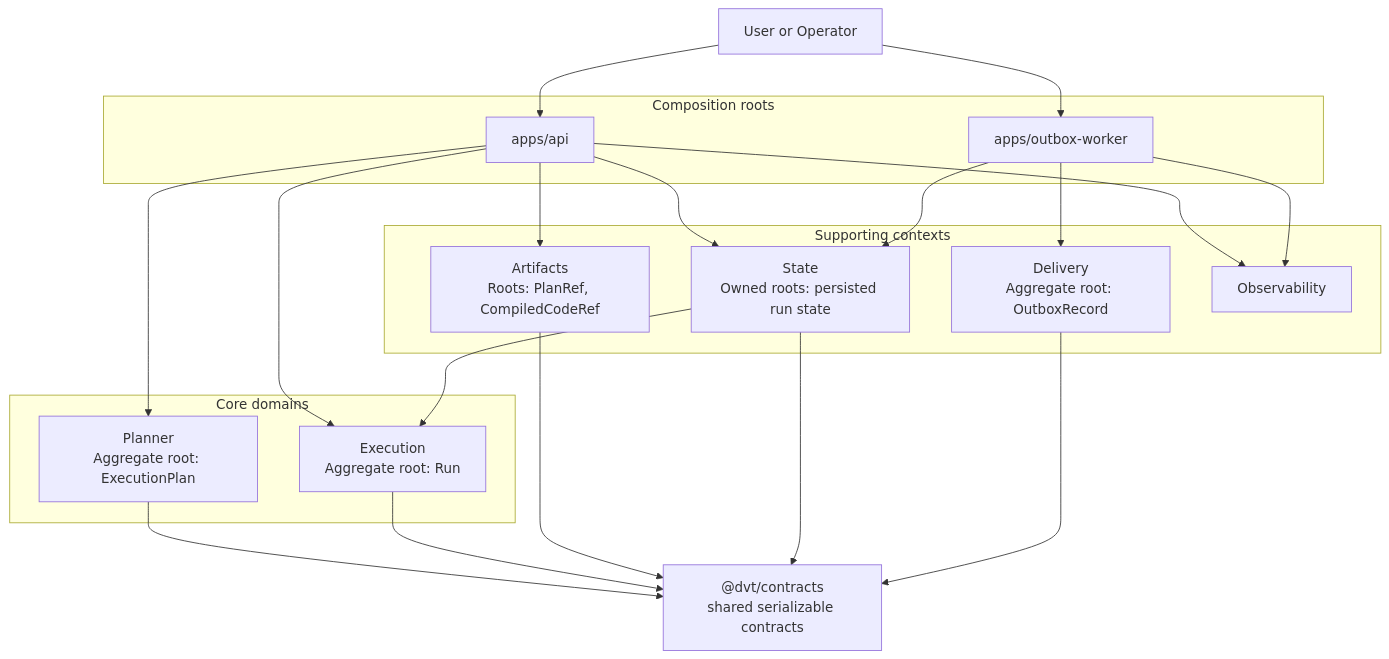
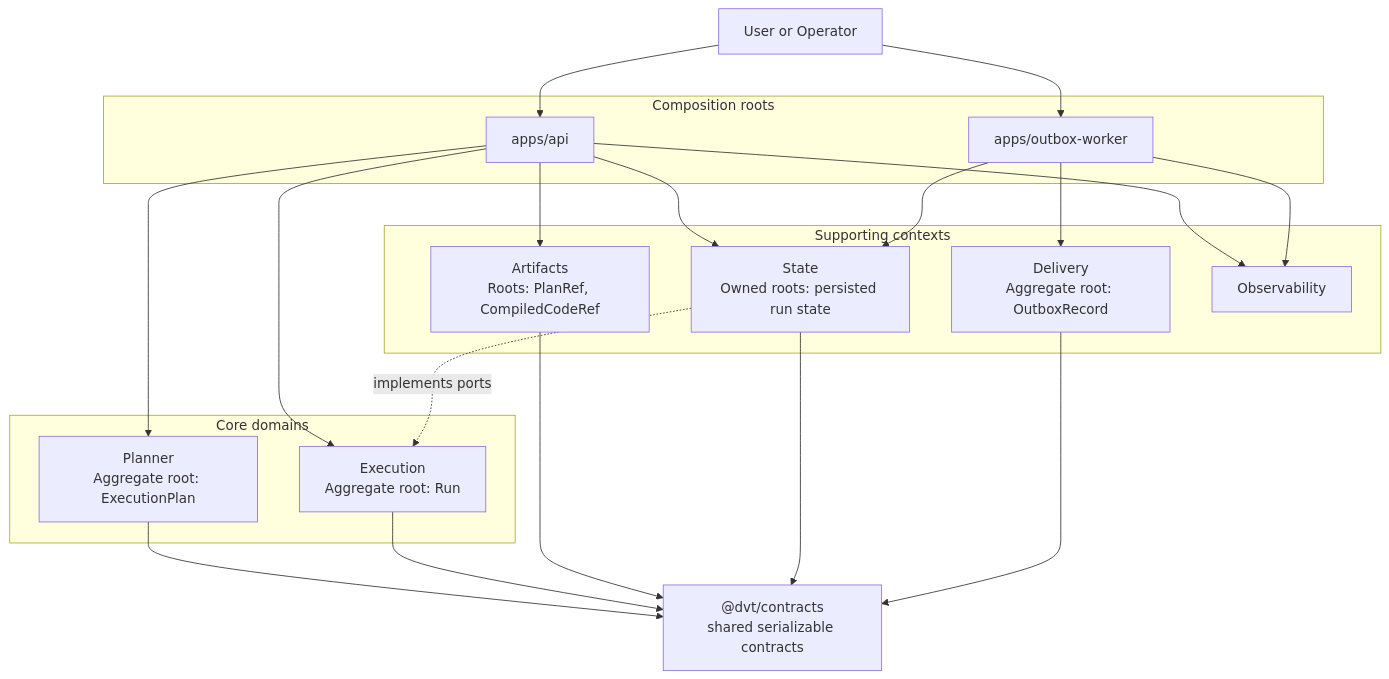
The third of 3 diagrams in docs/adr/ADR-0034-bounded-context-boundaries-and-communication-rules.md (dunay2/dvt), drawn with Mermaid before and after one commit. The commit also changed other lines of this file and 16 other files, not shown here.

````diff
--- a/docs/adr/ADR-0034-bounded-context-boundaries-and-communication-rules.md
+++ b/docs/adr/ADR-0034-bounded-context-boundaries-and-communication-rules.md
@@ -336,44 +508,44 @@
 ```mermaid
 flowchart TB
     User[User or Operator]
 
     subgraph Entry["Composition roots"]
         API[apps/api]
         OWH[apps/outbox-worker]
     end
 
     subgraph Core["Core domains"]
         Planner["Planner\nAggregate root: ExecutionPlan"]
         Execution["Execution\nAggregate root: Run"]
     end
 
     subgraph Supporting["Supporting contexts"]
         Artifacts["Artifacts\nRoots: PlanRef, CompiledCodeRef"]
         State["State\nOwned roots: persisted run state"]
         Delivery["Delivery\nAggregate root: OutboxRecord"]
         Obs["Observability"]
     end
 
     Shared["@dvt/contracts\nshared serializable contracts"]
 
     User --> API
     User --> OWH
 
     API --> Planner
     API --> Execution
     API --> Artifacts
     API --> State
     API --> Obs
 
     OWH --> Delivery
     OWH --> State
     OWH --> Obs
 
     Planner --> Shared
     Execution --> Shared
     Artifacts --> Shared
     State --> Shared
     Delivery --> Shared
 
-    State --> Execution
+    State -. implements ports .-> Execution
 ```
````
